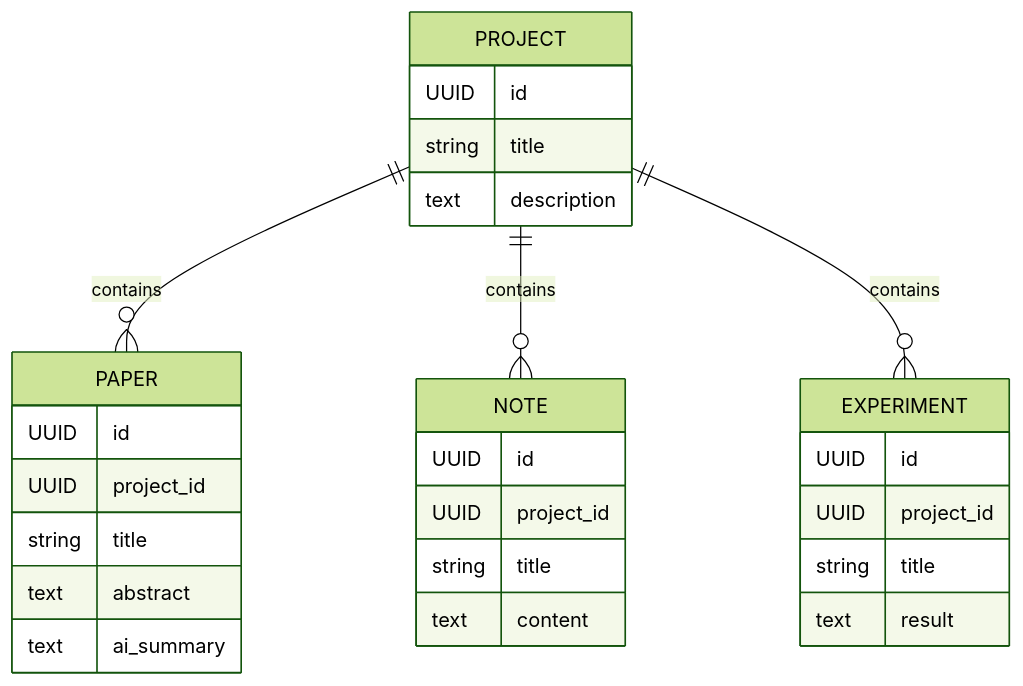
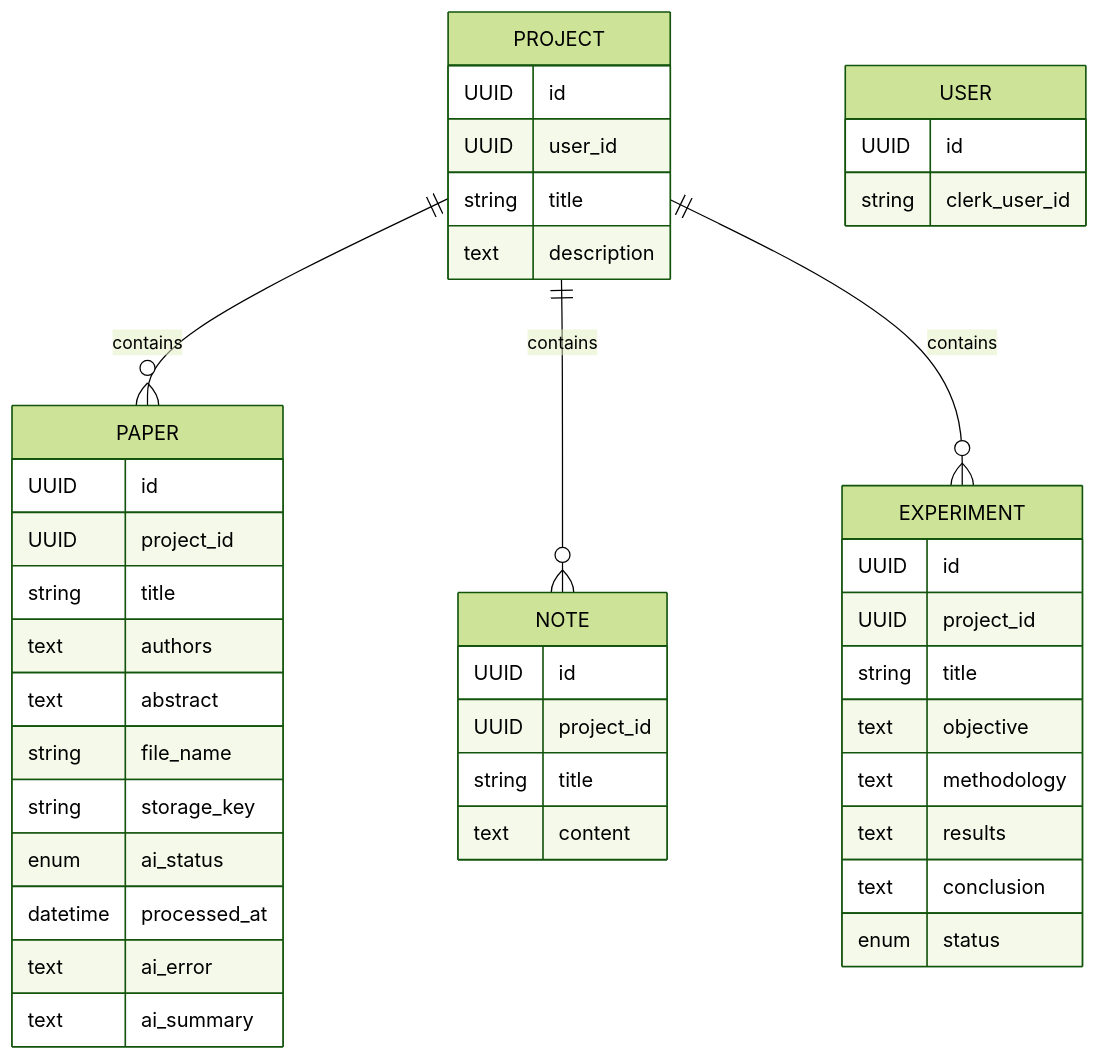
One commit to Sula-bh/researchos changed the fourth of 4 diagrams in README.md. Above: the diagram before and after it, drawn with Mermaid (forest theme). The commit also changed other lines of this file, not shown here.

````diff
--- a/README.md
+++ b/README.md
@@ -170,35 +179,51 @@
 ``` mermaid
 erDiagram
 
 PROJECT ||--o{ PAPER : contains
 PROJECT ||--o{ NOTE : contains
 PROJECT ||--o{ EXPERIMENT : contains
 
 PROJECT {
 UUID id
+UUID user_id
 string title
 text description
+}
+
+USER {
+UUID id
+string clerk_user_id
 }
 
 PAPER {
 UUID id
 UUID project_id
 string title
+text authors
 text abstract
+string file_name
+string storage_key
+enum ai_status
+datetime processed_at
+text ai_error
 text ai_summary
 }
 
 NOTE {
 UUID id
 UUID project_id
 string title
 text content
 }
 
 EXPERIMENT {
 UUID id
 UUID project_id
 string title
-text result
+text objective
+text methodology
+text results
+text conclusion
+enum status
 }
 ```
````
